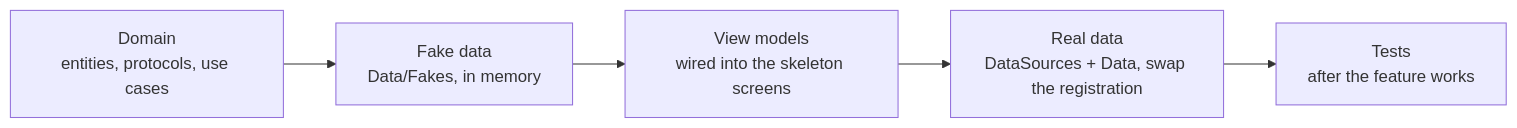
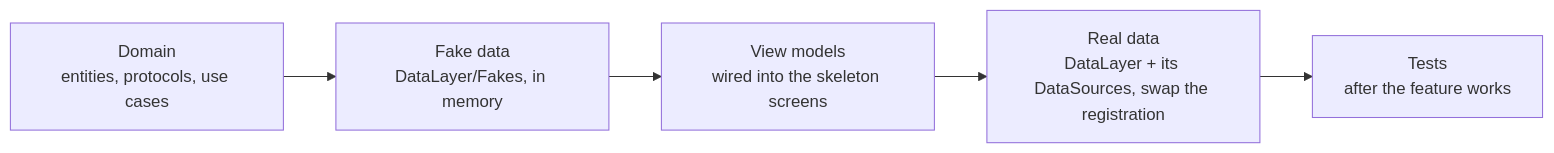
Before and after one commit to DAMHONGDUC/site-log-ios: the first of 2 diagrams in ROADMAP.md, drawn with Mermaid. The commit also changed other lines of this file and 7 other files, not shown here.

````diff
--- a/ROADMAP.md
+++ b/ROADMAP.md
@@ -41,7 +41,7 @@
 ```mermaid
 flowchart LR
-    D["Domain<br/>entities, protocols, use cases"] --> F["Fake data<br/>Data/Fakes, in memory"]
+    D["Domain<br/>entities, protocols, use cases"] --> F["Fake data<br/>DataLayer/Fakes, in memory"]
     F --> V["View models<br/>wired into the skeleton screens"]
-    V --> R["Real data<br/>DataSources + Data, swap the registration"]
+    V --> R["Real data<br/>DataLayer + its DataSources, swap the registration"]
     R --> T["Tests<br/>after the feature works"]
 ```
````
